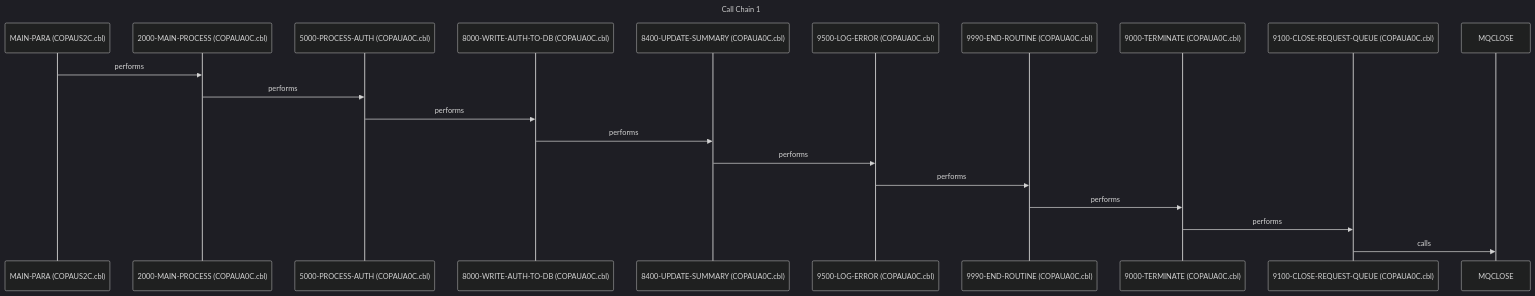
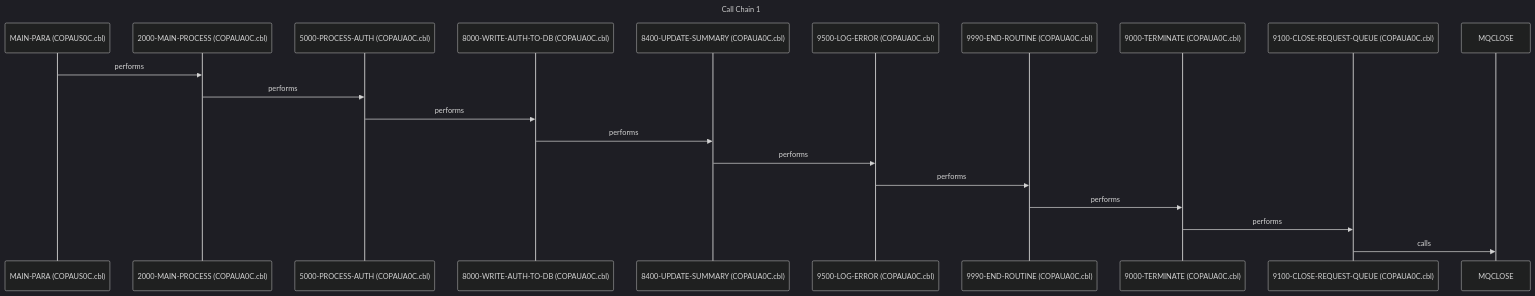
Before and after one commit to andrasfe/war_rig: the second of 11 diagrams in example_output/skills/system-overview/SKILL.md, drawn with Mermaid (dark theme). The commit also changed other lines of this file and 299 other files, not shown here.

````diff
--- a/example_output/skills/system-overview/SKILL.md
+++ b/example_output/skills/system-overview/SKILL.md
@@ -338,23 +350,23 @@
 ```mermaid
 sequenceDiagram
     title Call Chain 1
-    participant MAIN_PARA as MAIN-PARA (COPAUS2C.cbl)
+    participant MAIN_PARA as MAIN-PARA (COPAUS0C.cbl)
     participant 2000_MAIN_PROCESS as 2000-MAIN-PROCESS (COPAUA0C.cbl)
     participant 5000_PROCESS_AUTH as 5000-PROCESS-AUTH (COPAUA0C.cbl)
     participant 8000_WRITE_AUTH_TO_DB as 8000-WRITE-AUTH-TO-DB (COPAUA0C.cbl)
     participant 8400_UPDATE_SUMMARY as 8400-UPDATE-SUMMARY (COPAUA0C.cbl)
     participant 9500_LOG_ERROR as 9500-LOG-ERROR (COPAUA0C.cbl)
     participant 9990_END_ROUTINE as 9990-END-ROUTINE (COPAUA0C.cbl)
     participant 9000_TERMINATE as 9000-TERMINATE (COPAUA0C.cbl)
     participant 9100_CLOSE_REQUEST_QUEUE as 9100-CLOSE-REQUEST-QUEUE (COPAUA0C.cbl)
     participant MQCLOSE as MQCLOSE
     MAIN_PARA->>2000_MAIN_PROCESS: performs
     2000_MAIN_PROCESS->>5000_PROCESS_AUTH: performs
     5000_PROCESS_AUTH->>8000_WRITE_AUTH_TO_DB: performs
     8000_WRITE_AUTH_TO_DB->>8400_UPDATE_SUMMARY: performs
     8400_UPDATE_SUMMARY->>9500_LOG_ERROR: performs
     9500_LOG_ERROR->>9990_END_ROUTINE: performs
     9990_END_ROUTINE->>9000_TERMINATE: performs
     9000_TERMINATE->>9100_CLOSE_REQUEST_QUEUE: performs
     9100_CLOSE_REQUEST_QUEUE->>MQCLOSE: calls
 ```
````
